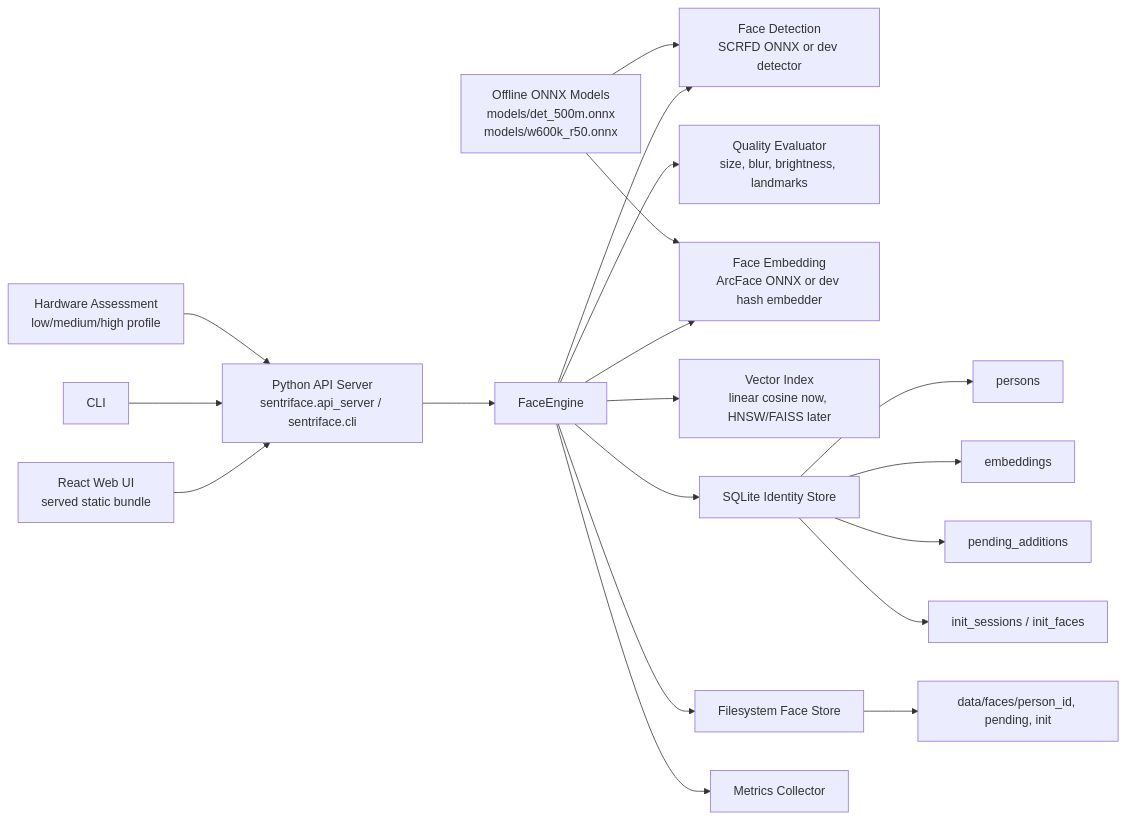
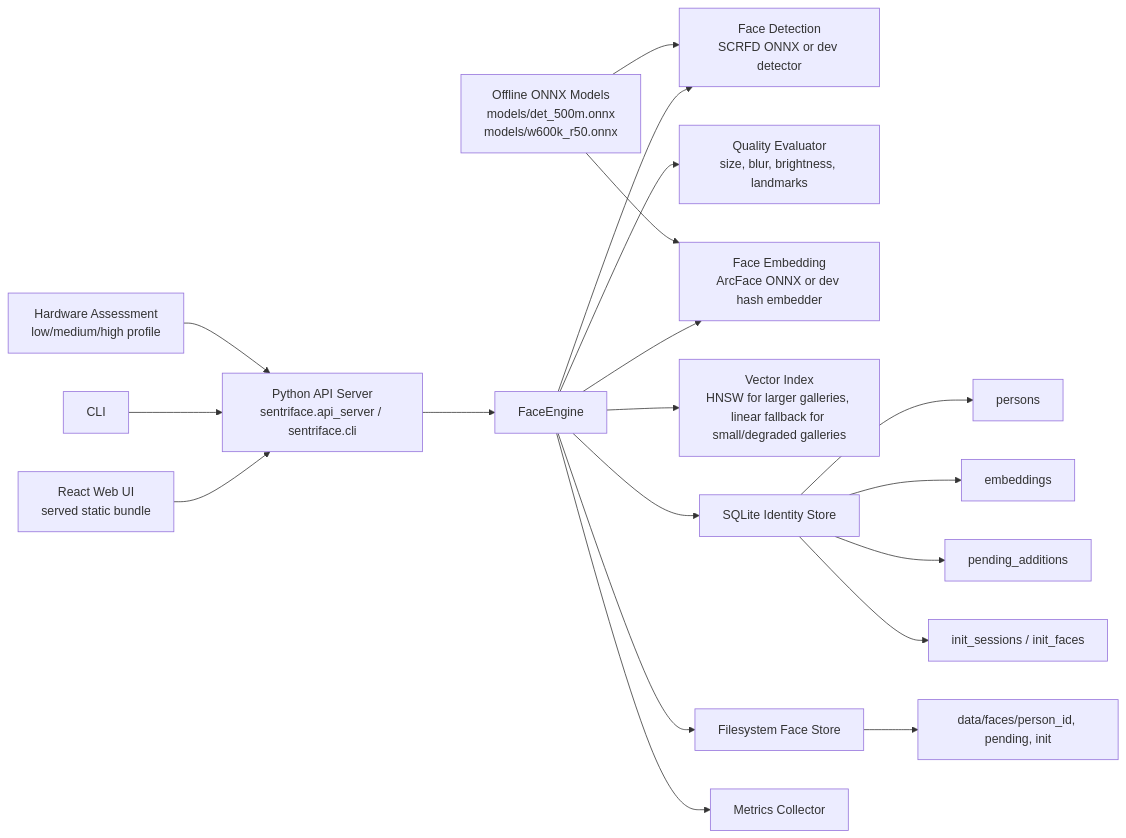
The second of 2 diagrams in README.md (suraj-singh12/sentri-face-edge), drawn with Mermaid before and after one commit. The commit also changed other lines of this file and 53 other files, not shown here.

````diff
--- a/README.md
+++ b/README.md
@@ -61,24 +61,24 @@
 ```mermaid
 flowchart LR
     UI["React Web UI\nserved static bundle"] --> Controller["Python API Server\nsentriface.api_server / sentriface.cli"]
     CLI["CLI"] --> Controller
     Controller --> Engine["FaceEngine"]
 
     Engine --> Detector["Face Detection\nSCRFD ONNX or dev detector"]
     Engine --> Quality["Quality Evaluator\nsize, blur, brightness, landmarks"]
     Engine --> Embedder["Face Embedding\nArcFace ONNX or dev hash embedder"]
-    Engine --> Index["Vector Index\nlinear cosine now, HNSW/FAISS later"]
+    Engine --> Index["Vector Index\nHNSW for larger galleries, linear fallback for small/degraded galleries"]
     Engine --> Store["SQLite Identity Store"]
     Engine --> Files["Filesystem Face Store"]
     Engine --> Metrics["Metrics Collector"]
 
     Store --> Persons["persons"]
     Store --> Embeddings["embeddings"]
     Store --> Pending["pending_additions"]
     Store --> InitSessions["init_sessions / init_faces"]
     Files --> Crops["data/faces/person_id, pending, init"]
 
     Config["Hardware Assessment\nlow/medium/high profile"] --> Controller
     Models["Offline ONNX Models\nmodels/det_500m.onnx\nmodels/w600k_r50.onnx"] --> Detector
     Models --> Embedder
 ```
````
